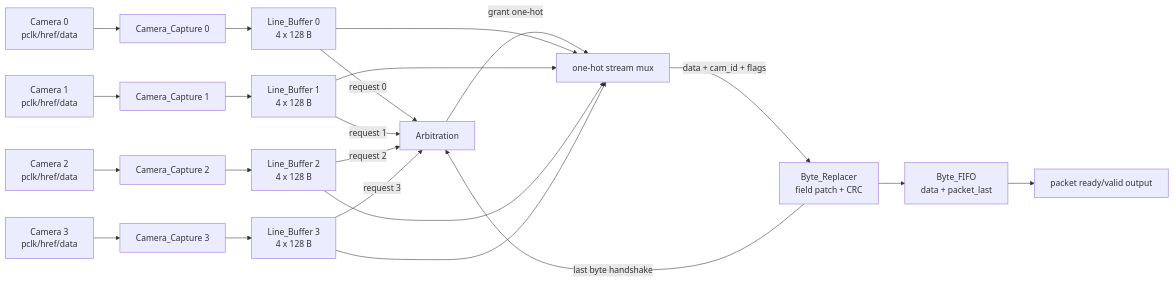
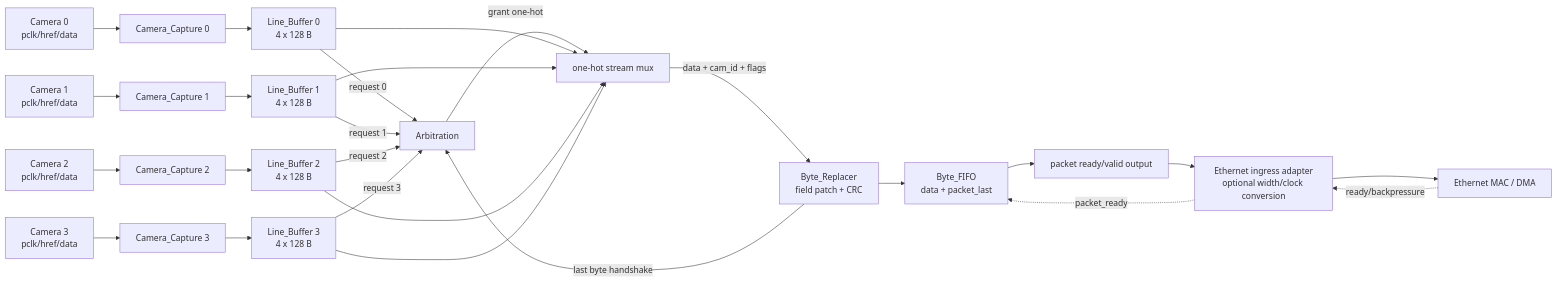
One commit to YuweiZhang-002/FPGA-Based-Camera-Buffer changed the first of 6 diagrams in docs/fpga_module_structure.md. Above: the diagram before and after it, drawn with Mermaid. The commit also changed other lines of this file and 121 other files, not shown here.

Commit message:
Publish active camera FIFO Ethernet and ILA pipeline

````diff
--- a/docs/fpga_module_structure.md
+++ b/docs/fpga_module_structure.md
@@ -53,28 +53,32 @@
 ```mermaid
 flowchart LR
     C0[Camera 0<br/>pclk/href/data] --> CC0[Camera_Capture 0]
     C1[Camera 1<br/>pclk/href/data] --> CC1[Camera_Capture 1]
     C2[Camera 2<br/>pclk/href/data] --> CC2[Camera_Capture 2]
     C3[Camera 3<br/>pclk/href/data] --> CC3[Camera_Capture 3]
 
     CC0 --> LB0[Line_Buffer 0<br/>4 x 128 B]
     CC1 --> LB1[Line_Buffer 1<br/>4 x 128 B]
     CC2 --> LB2[Line_Buffer 2<br/>4 x 128 B]
     CC3 --> LB3[Line_Buffer 3<br/>4 x 128 B]
 
     LB0 -->|request 0| ARB[Arbitration]
     LB1 -->|request 1| ARB
     LB2 -->|request 2| ARB
     LB3 -->|request 3| ARB
 
     ARB -->|grant one-hot| MUX[one-hot stream mux]
     LB0 --> MUX
     LB1 --> MUX
     LB2 --> MUX
     LB3 --> MUX
 
     MUX -->|data + cam_id + flags| REP[Byte_Replacer<br/>field patch + CRC]
     REP --> FIFO[Byte_FIFO<br/>data + packet_last]
     FIFO --> OUT[packet ready/valid output]
+    OUT --> ETHA[Ethernet ingress adapter<br/>optional width/clock conversion]
+    ETHA --> MAC[Ethernet MAC / DMA]
+    MAC -. ready/backpressure .-> ETHA
+    ETHA -. packet_ready .-> FIFO
     REP -->|last byte handshake| ARB
 ```
````
